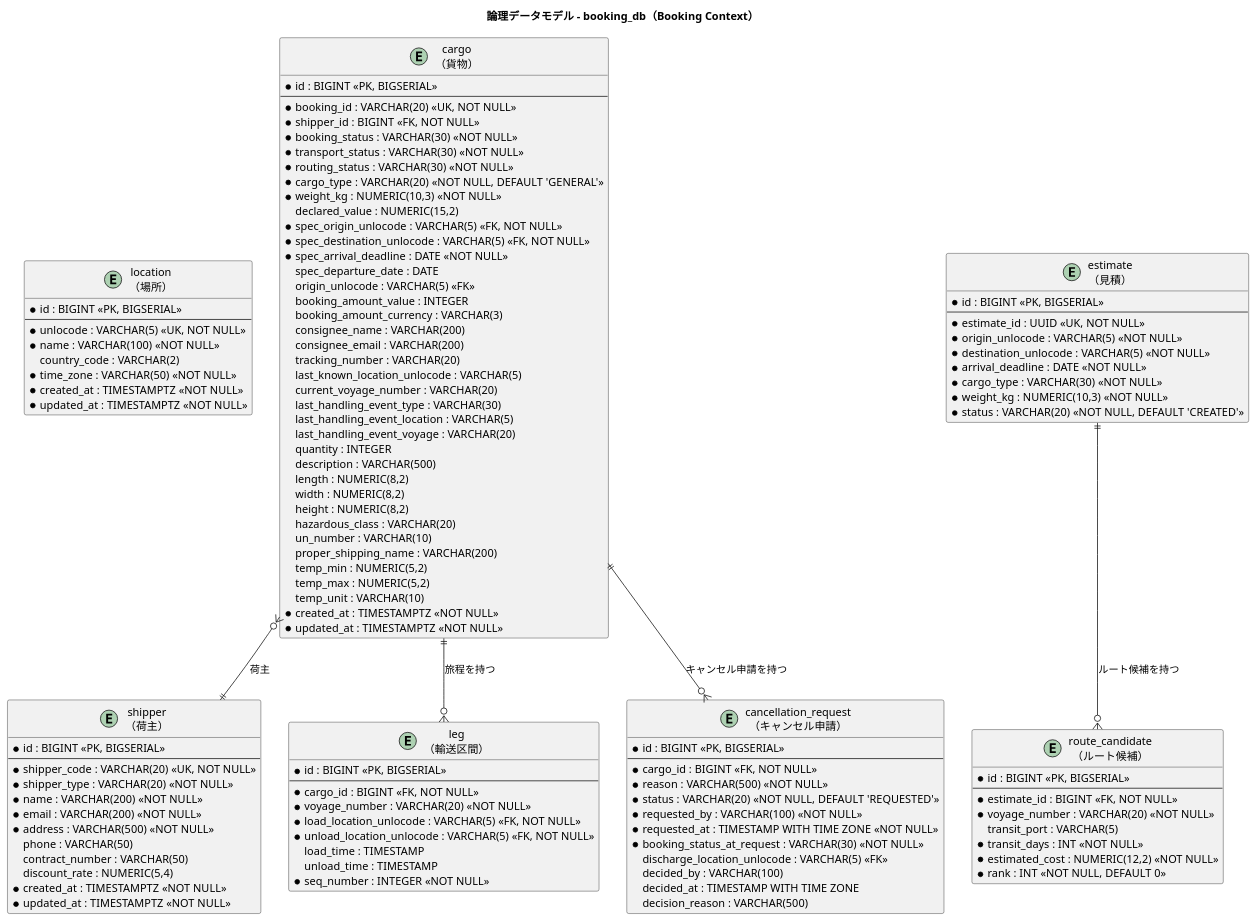
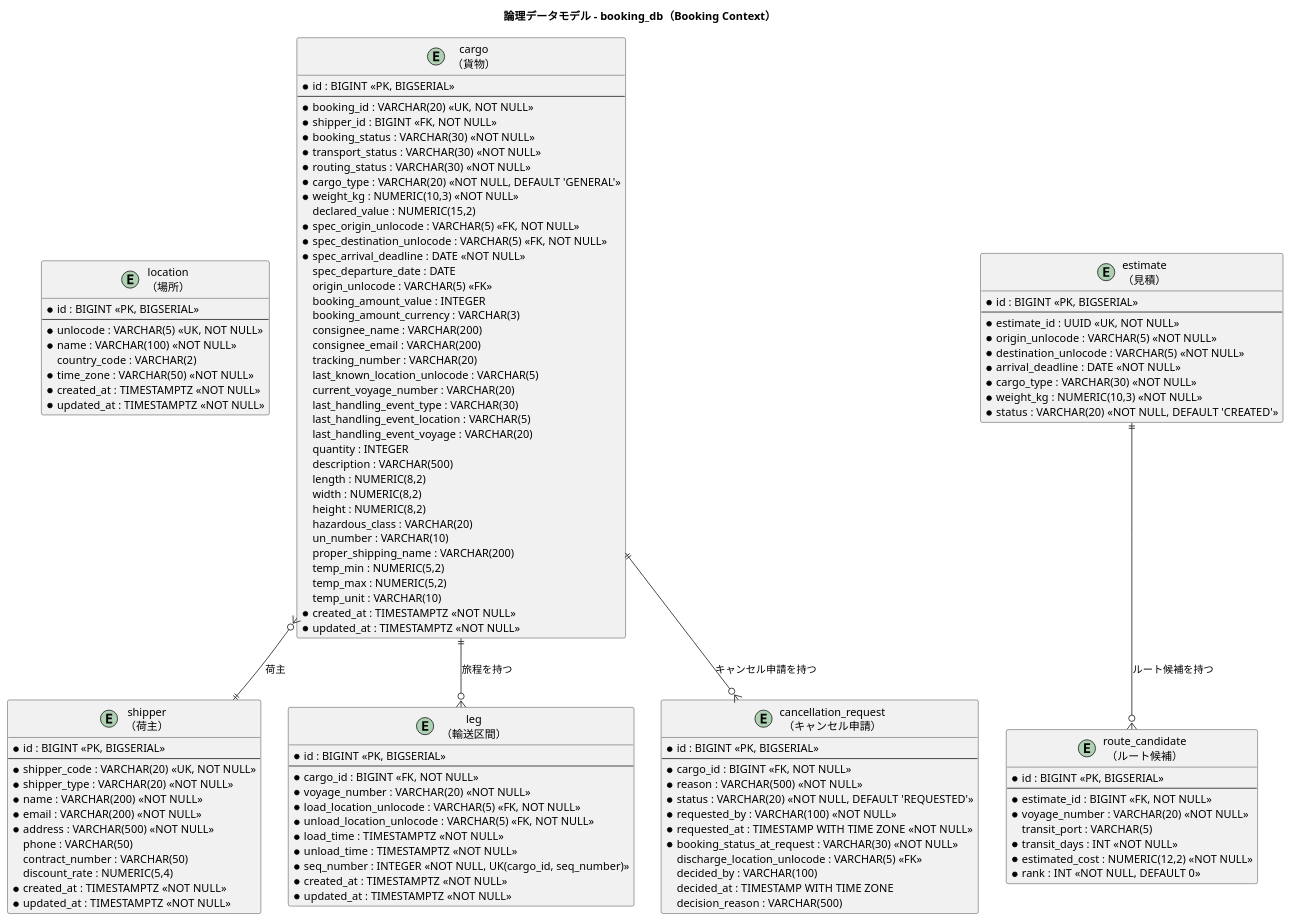
The third of 7 diagrams in docs/design/data-model.md (k2works/case-study-cargo-tracker), drawn with PlantUML before and after one commit. The commit also changed other lines of this file and 6 other files, not shown here.

```diff
--- a/docs/design/data-model.md
+++ b/docs/design/data-model.md
@@ -452,9 +452,11 @@
   * voyage_number : VARCHAR(20) <<NOT NULL>>
   * load_location_unlocode : VARCHAR(5) <<FK, NOT NULL>>
   * unload_location_unlocode : VARCHAR(5) <<FK, NOT NULL>>
-  load_time : TIMESTAMP
-  unload_time : TIMESTAMP
-  * seq_number : INTEGER <<NOT NULL>>
+  * load_time : TIMESTAMPTZ <<NOT NULL>>
+  * unload_time : TIMESTAMPTZ <<NOT NULL>>
+  * seq_number : INTEGER <<NOT NULL, UK(cargo_id, seq_number)>>
+  * created_at : TIMESTAMPTZ <<NOT NULL>>
+  * updated_at : TIMESTAMPTZ <<NOT NULL>>
 }
 
 entity "estimate\n（見積）" as estimate {
```
